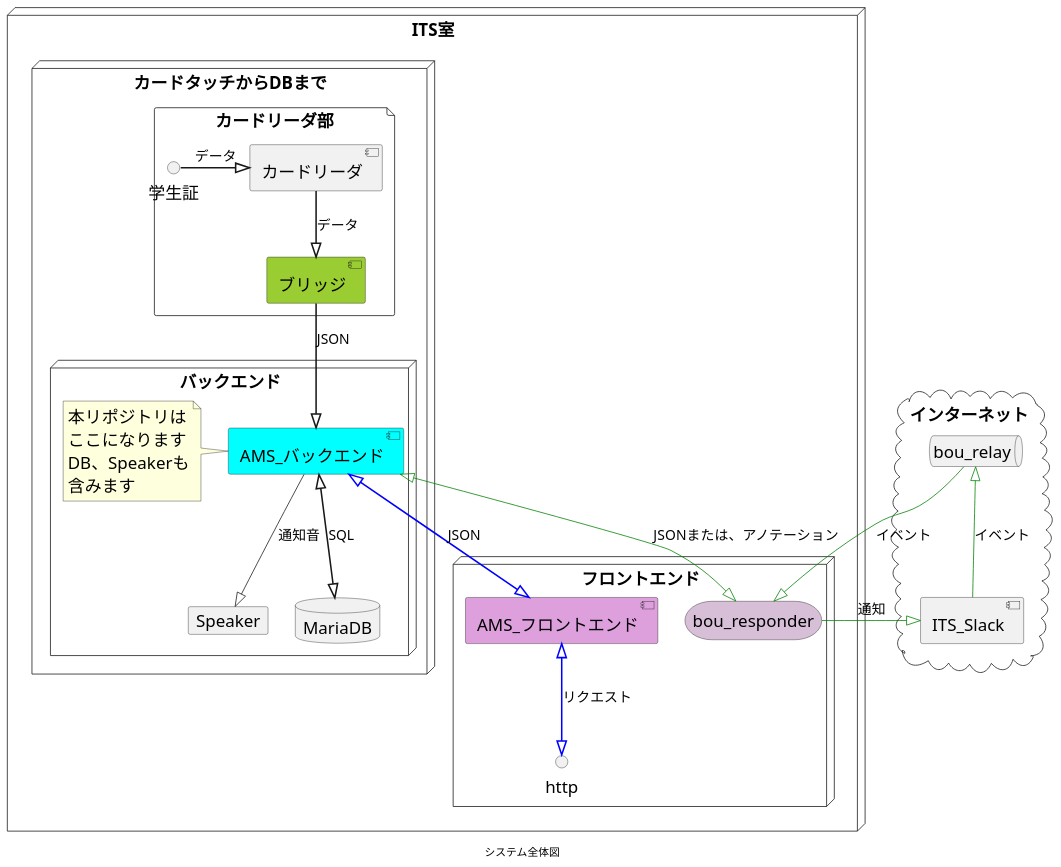
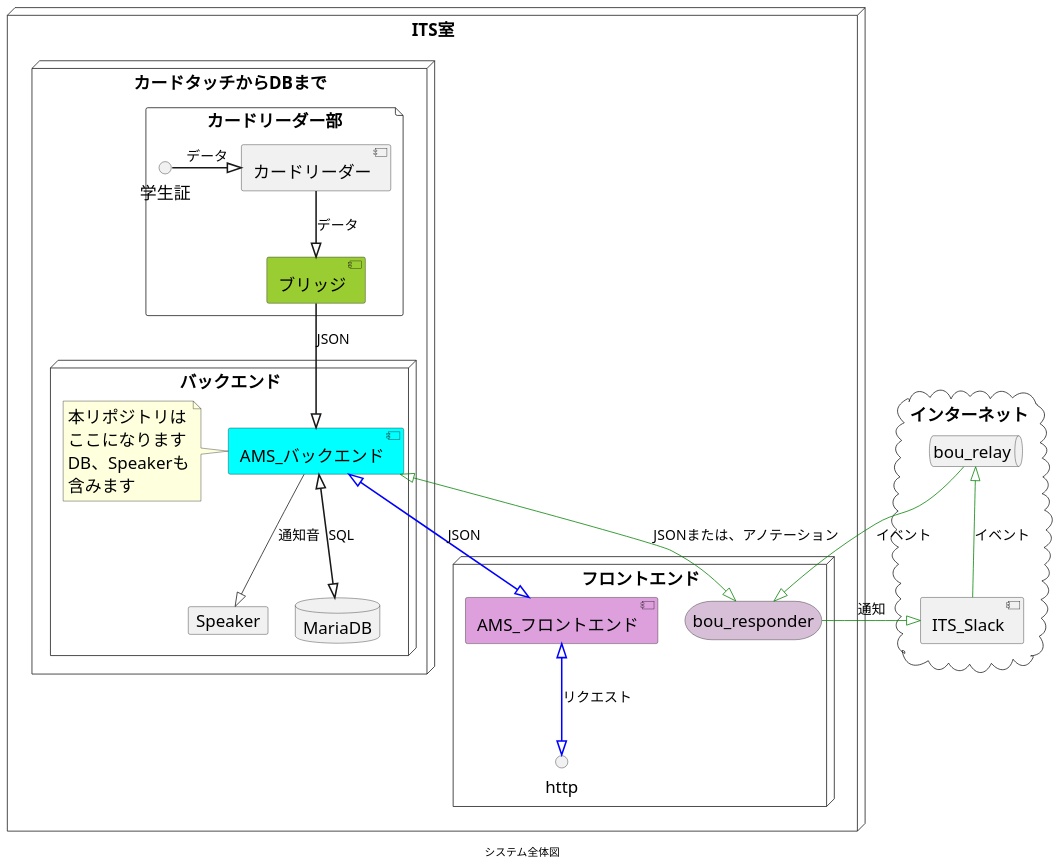
The diagram in docs/PJ_map/AMS_API.puml (su-its/ams-backend), drawn with PlantUML before and after one commit. The commit also changed 1 other file, not shown here.

```diff
--- a/docs/PJ_map/AMS_API.puml
+++ b/docs/PJ_map/AMS_API.puml
@@ -1,57 +1,57 @@
 @startuml AMS_API
 
 skinparam DefaultFontName メイリオ
 skinparam DefaultFontSize 22
 skinparam ArrowFontSize 18
 
 caption システム全体図
 
 node ITS室{
     node カードタッチからDBまで {
-        file カードリーダ部{
+        file カードリーダー部{
             interface 学生証
-            [カードリーダ]
+            [カードリーダー]
             [ブリッジ] #YellowGreen
         }
         node バックエンド {
             [AMS_バックエンド] #Aqua
             note left: 本リポジトリは\nここになります\nDB、Speakerも\n含みます
             database MariaDB
             card Speaker
         }
     }
 
     node フロントエンド {
         [AMS_フロントエンド] #plum
         storage bou_responder #Thistle
         interface http
     }
 }
 cloud インターネット {
     [ITS_Slack]
     queue bou_relay
 }
 
 ' レイアウト調整
 ITS室 -[hidden]right-> インターネット
 MariaDB -[hidden]left-> Speaker
 [ITS_Slack] -[hidden]up-> bou_relay
 
-' カードリーダ&バックエンド部
-学生証 =^ [カードリーダ]: データ
-[カードリーダ] ==^ [ブリッジ]: データ
+' カードリーダー&バックエンド部
+学生証 =^ [カードリーダー]: データ
+[カードリーダー] ==^ [ブリッジ]: データ
 [ブリッジ] ==^ [AMS_バックエンド]: JSON
 [AMS_バックエンド] ^==^ MariaDB: SQL
 [AMS_バックエンド] --^ Speaker: 通知音
 
 ' フロンドエンド部
 [AMS_バックエンド] ^=[#blue]=^ [AMS_フロントエンド]: JSON
 [AMS_バックエンド] ^-[#green]-^ [bou_responder]: JSONまたは、アノテーション
 [AMS_フロントエンド] ^=[#blue]=^ http : リクエスト
 
 ' インターネット部
 [bou_responder] -[#green]-^ [ITS_Slack]: 通知
 [ITS_Slack] -[#green]-^ [bou_relay]: イベント
 [bou_relay] -[#green]-^ [bou_responder]: イベント
 
 @enduml
```
